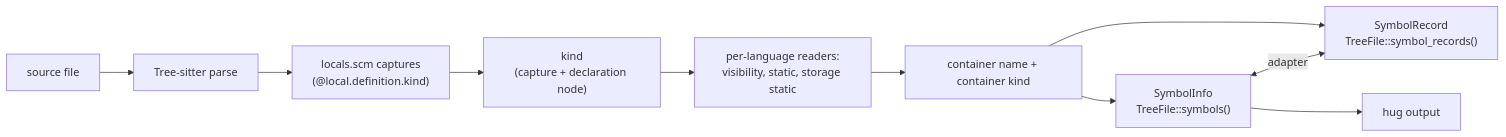
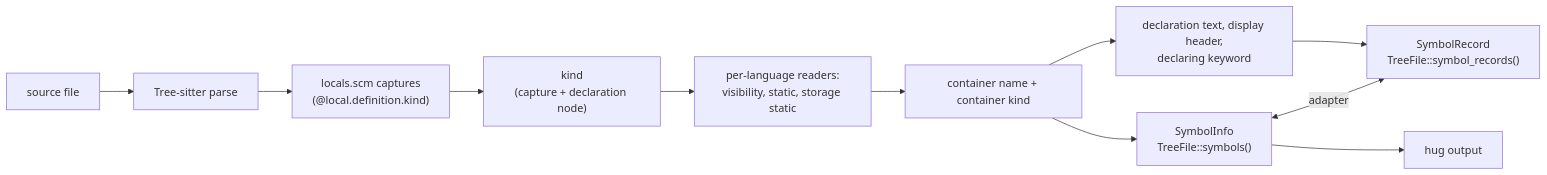
The first of 3 diagrams in tree-hugger/docs/symbol-kinds-and-visibility.md (yankeeinlondon/rusty-biscuit), drawn with Mermaid before and after one commit. The commit also changed other lines of this file and 4 other files, not shown here.

First line of the commit message:
docs(tree-hugger): document schema 4.0 keyword, header and cache changes

````diff
--- a/tree-hugger/docs/symbol-kinds-and-visibility.md
+++ b/tree-hugger/docs/symbol-kinds-and-visibility.md
@@ -24,12 +25,13 @@
 ```mermaid
 flowchart LR
     SRC[source file] --> PARSE[Tree-sitter parse]
     PARSE --> QUERY["locals.scm captures<br/>(@local.definition.kind)"]
     QUERY --> KIND["kind<br/>(capture + declaration node)"]
     KIND --> READERS["per-language readers:<br/>visibility, static, storage static"]
     READERS --> CONT["container name + container kind"]
+    CONT --> HEADER["declaration text, display header,<br/>declaring keyword"]
     CONT --> V1["SymbolInfo<br/>TreeFile::symbols()"]
-    CONT --> V2["SymbolRecord<br/>TreeFile::symbol_records()"]
+    HEADER --> V2["SymbolRecord<br/>TreeFile::symbol_records()"]
     V1 <-->|adapter| V2
     V1 --> CLI["hug output"]
 ```
````
